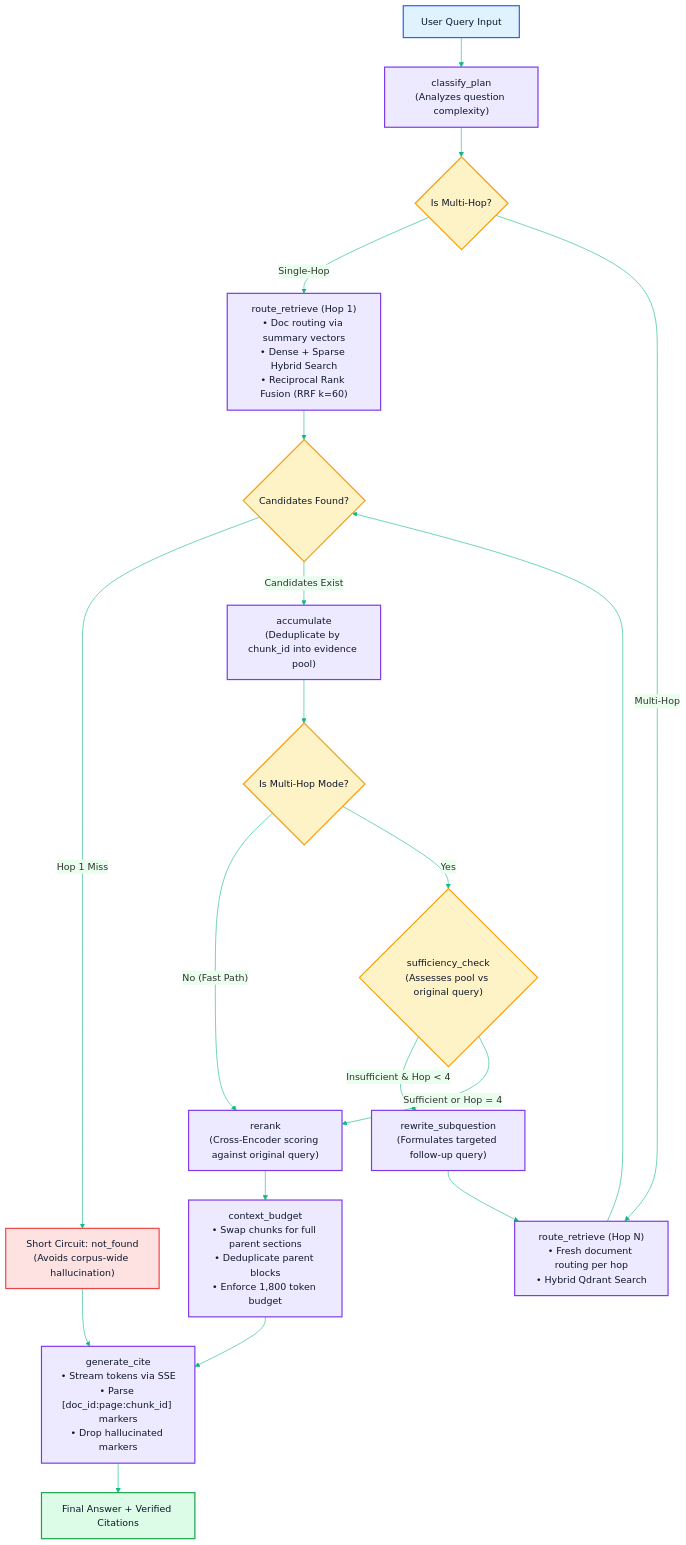
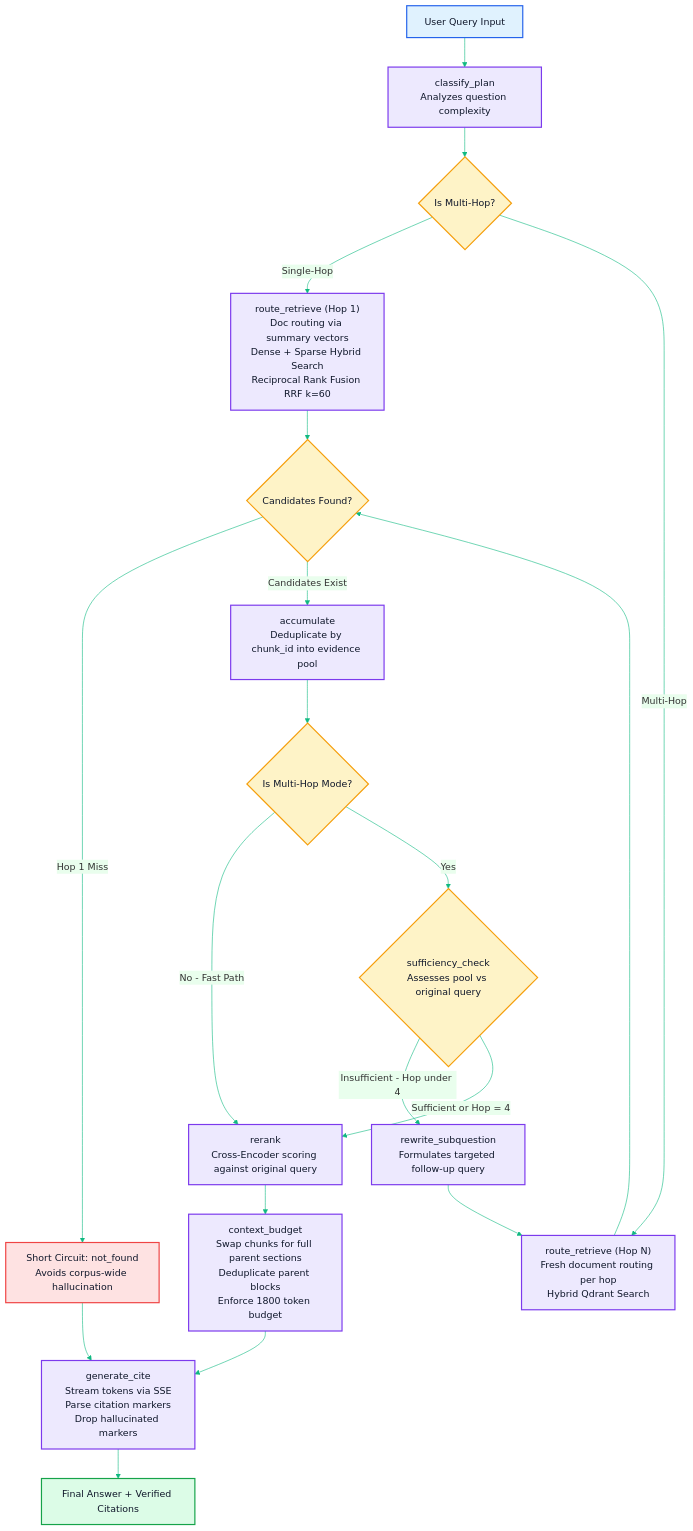
The third of 4 diagrams in README.md (Pavan048/CITE-RAG), drawn with Mermaid before and after one commit. The commit also changed other lines of this file, not shown here.

Commit message:
fix(readme): fix Mermaid diagram syntax by renaming reserved classDef identifiers and updating edge labels

````diff
--- a/README.md
+++ b/README.md
@@ -168,39 +178,40 @@
 ```mermaid
 %%{init: {"theme": "base", "themeVariables": {"primaryColor": "#ede9fe", "primaryBorderColor": "#7c3aed", "lineColor": "#10b981", "fontFamily": "Inter, Arial"}}}%%
 flowchart TD
-  classDef start fill:#e0f2fe,stroke:#2563eb,stroke-width:2px,color:#0f172a;
-  classDef node fill:#ede9fe,stroke:#7c3aed,stroke-width:2px,color:#0f172a;
-  classDef check fill:#fef3c7,stroke:#f59e0b,stroke-width:2px,color:#0f172a;
-  classDef out fill:#dcfce7,stroke:#16a34a,stroke-width:2px,color:#0f172a;
-  classDef stop fill:#fee2e2,stroke:#ef4444,stroke-width:2px,color:#0f172a;
+  classDef cStart fill:#e0f2fe,stroke:#2563eb,stroke-width:2px,color:#0f172a;
+  classDef cProc fill:#ede9fe,stroke:#7c3aed,stroke-width:2px,color:#0f172a;
+  classDef cCheck fill:#fef3c7,stroke:#f59e0b,stroke-width:2px,color:#0f172a;
+  classDef cOut fill:#dcfce7,stroke:#16a34a,stroke-width:2px,color:#0f172a;
+  classDef cStop fill:#fee2e2,stroke:#ef4444,stroke-width:2px,color:#0f172a;
 
-  Q["User Query Input"] --> CP["classify_plan<br/>(Analyzes question complexity)"]
+  Q["User Query Input"] --> CP["classify_plan<br/>Analyzes question complexity"]
   CP --> PlanCheck{"Is Multi-Hop?"}
 
-  PlanCheck -- "Single-Hop" --> RR1["route_retrieve (Hop 1)<br/>• Doc routing via summary vectors<br/>• Dense + Sparse Hybrid Search<br/>• Reciprocal Rank Fusion (RRF k=60)"]
-  PlanCheck -- "Multi-Hop" --> RRM["route_retrieve (Hop N)<br/>• Fresh document routing per hop<br/>• Hybrid Qdrant Search"]
+  PlanCheck -->|Single-Hop| RR1["route_retrieve (Hop 1)<br/>Doc routing via summary vectors<br/>Dense + Sparse Hybrid Search<br/>Reciprocal Rank Fusion RRF k=60"]
+  PlanCheck -->|Multi-Hop| RRM["route_retrieve (Hop N)<br/>Fresh document routing per hop<br/>Hybrid Qdrant Search"]
 
-  RR1 & RRM --> EmptyCheck{"Candidates Found?"}
-  EmptyCheck -- "Hop 1 Miss" --> ShortCircuit["Short Circuit: not_found<br/>(Avoids corpus-wide hallucination)"]
-  EmptyCheck -- "Candidates Exist" --> ACC["accumulate<br/>(Deduplicate by chunk_id into evidence pool)"]
+  RR1 --> EmptyCheck{"Candidates Found?"}
+  RRM --> EmptyCheck
+  EmptyCheck -->|Hop 1 Miss| ShortCircuit["Short Circuit: not_found<br/>Avoids corpus-wide hallucination"]
+  EmptyCheck -->|Candidates Exist| ACC["accumulate<br/>Deduplicate by chunk_id into evidence pool"]
 
   ACC --> PathCheck{"Is Multi-Hop Mode?"}
-  PathCheck -- "No (Fast Path)" --> Rerank["rerank<br/>(Cross-Encoder scoring against original query)"]
-  PathCheck -- "Yes" --> SuffCheck{"sufficiency_check<br/>(Assesses pool vs original query)"}
+  PathCheck -->|No - Fast Path| Rerank["rerank<br/>Cross-Encoder scoring against original query"]
+  PathCheck -->|Yes| SuffCheck{"sufficiency_check<br/>Assesses pool vs original query"}
 
-  SuffCheck -- "Insufficient & Hop < 4" --> Rewrite["rewrite_subquestion<br/>(Formulates targeted follow-up query)"]
+  SuffCheck -->|Insufficient - Hop under 4| Rewrite["rewrite_subquestion<br/>Formulates targeted follow-up query"]
   Rewrite --> RRM
 
-  SuffCheck -- "Sufficient or Hop = 4" --> Rerank
+  SuffCheck -->|Sufficient or Hop = 4| Rerank
   
-  Rerank --> Budget["context_budget<br/>• Swap chunks for full parent sections<br/>• Deduplicate parent blocks<br/>• Enforce 1,800 token budget"]
-  Budget --> GenCite["generate_cite<br/>• Stream tokens via SSE<br/>• Parse [doc_id:page:chunk_id] markers<br/>• Drop hallucinated markers"]
+  Rerank --> Budget["context_budget<br/>Swap chunks for full parent sections<br/>Deduplicate parent blocks<br/>Enforce 1800 token budget"]
+  Budget --> GenCite["generate_cite<br/>Stream tokens via SSE<br/>Parse citation markers<br/>Drop hallucinated markers"]
   ShortCircuit --> GenCite
   GenCite --> FinalAnswer["Final Answer + Verified Citations"]
 
-  class Q start
-  class CP,RR1,RRM,ACC,Rewrite,Rerank,Budget,GenCite node
-  class PlanCheck,EmptyCheck,PathCheck,SuffCheck check
-  class FinalAnswer out
-  class ShortCircuit stop
+  class Q cStart
+  class CP,RR1,RRM,ACC,Rewrite,Rerank,Budget,GenCite cProc
+  class PlanCheck,EmptyCheck,PathCheck,SuffCheck cCheck
+  class FinalAnswer cOut
+  class ShortCircuit cStop
 ```
````
